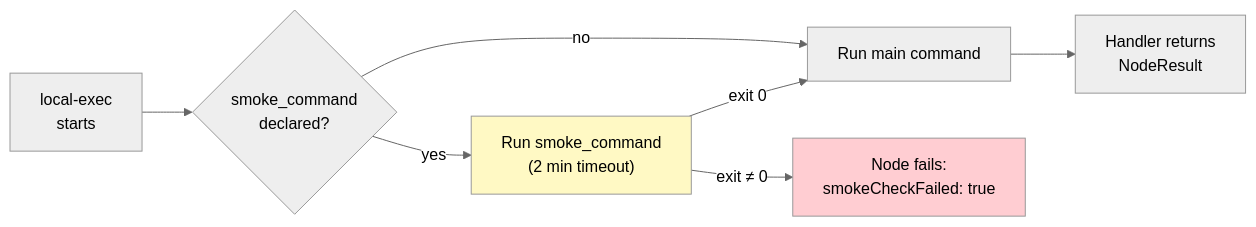
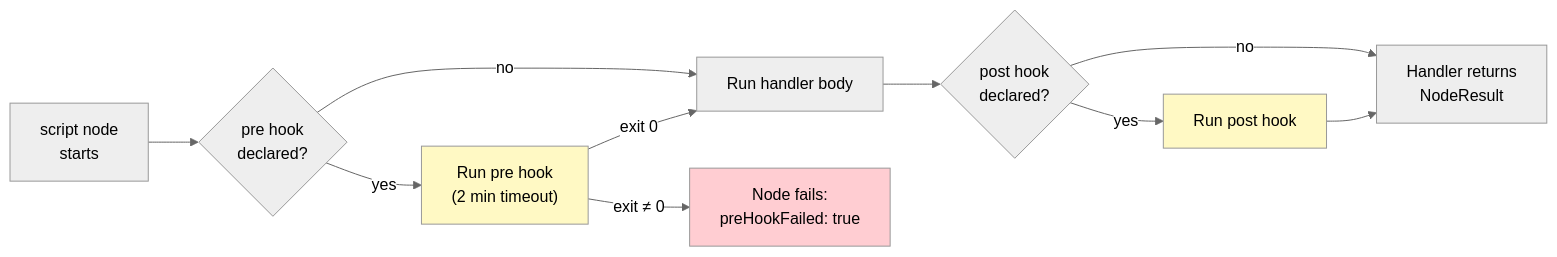
One commit to RomanKaliupinMelonusa/DAGent-t changed the ninth of 9 diagrams in tools/autonomous-factory/docs/05-agents.md. Above: the diagram before and after it, drawn with Mermaid (neutral theme). The commit also changed other lines of this file and 25 other files, not shown here.

First line of the commit message:
Add pre/post hooks and local-exec hook scripts

````diff
--- a/tools/autonomous-factory/docs/05-agents.md
+++ b/tools/autonomous-factory/docs/05-agents.md
@@ -397,12 +400,16 @@
 ```mermaid
 flowchart LR
-    START["local-exec\nstarts"] --> SMOKE{"smoke_command\ndeclared?"}
-    SMOKE -->|yes| RUN_SMOKE["Run smoke_command\n(2 min timeout)"]
-    SMOKE -->|no| RUN_MAIN["Run main command"]
-    RUN_SMOKE -->|"exit 0"| RUN_MAIN
-    RUN_SMOKE -->|"exit ≠ 0"| FAIL["Node fails:\nsmokeCheckFailed: true"]
-    RUN_MAIN --> RESULT["Handler returns\nNodeResult"]
+    START["script node\nstarts"] --> PRE{"pre hook\ndeclared?"}
+    PRE -->|yes| RUN_PRE["Run pre hook\n(2 min timeout)"]
+    PRE -->|no| RUN_MAIN["Run handler body"]
+    RUN_PRE -->|"exit 0"| RUN_MAIN
+    RUN_PRE -->|"exit ≠ 0"| FAIL["Node fails:\npreHookFailed: true"]
+    RUN_MAIN --> POST{"post hook\ndeclared?"}
+    POST -->|yes| RUN_POST["Run post hook"]
+    POST -->|no| RESULT["Handler returns\nNodeResult"]
+    RUN_POST --> RESULT
 
     style FAIL fill:#ffcdd2
-    style RUN_SMOKE fill:#fff9c4
+    style RUN_PRE fill:#fff9c4
+    style RUN_POST fill:#fff9c4
 ```
````
